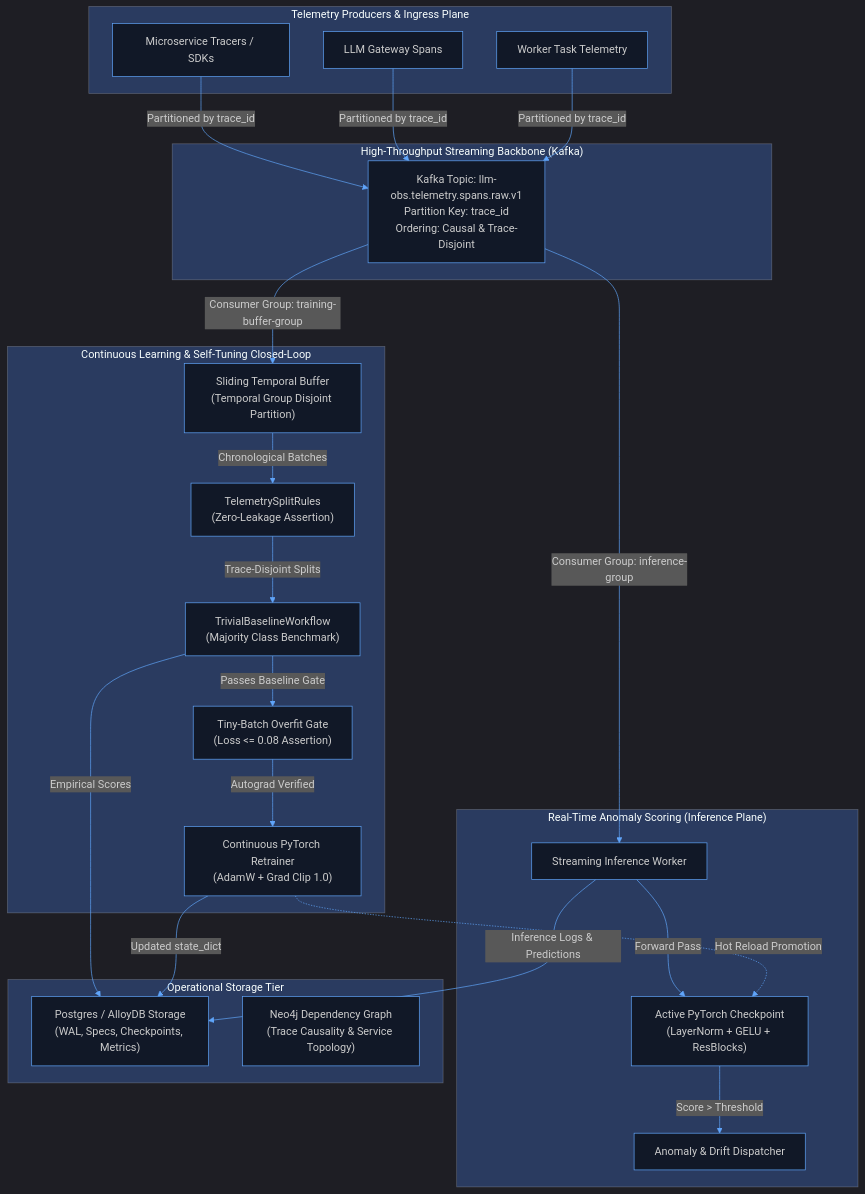
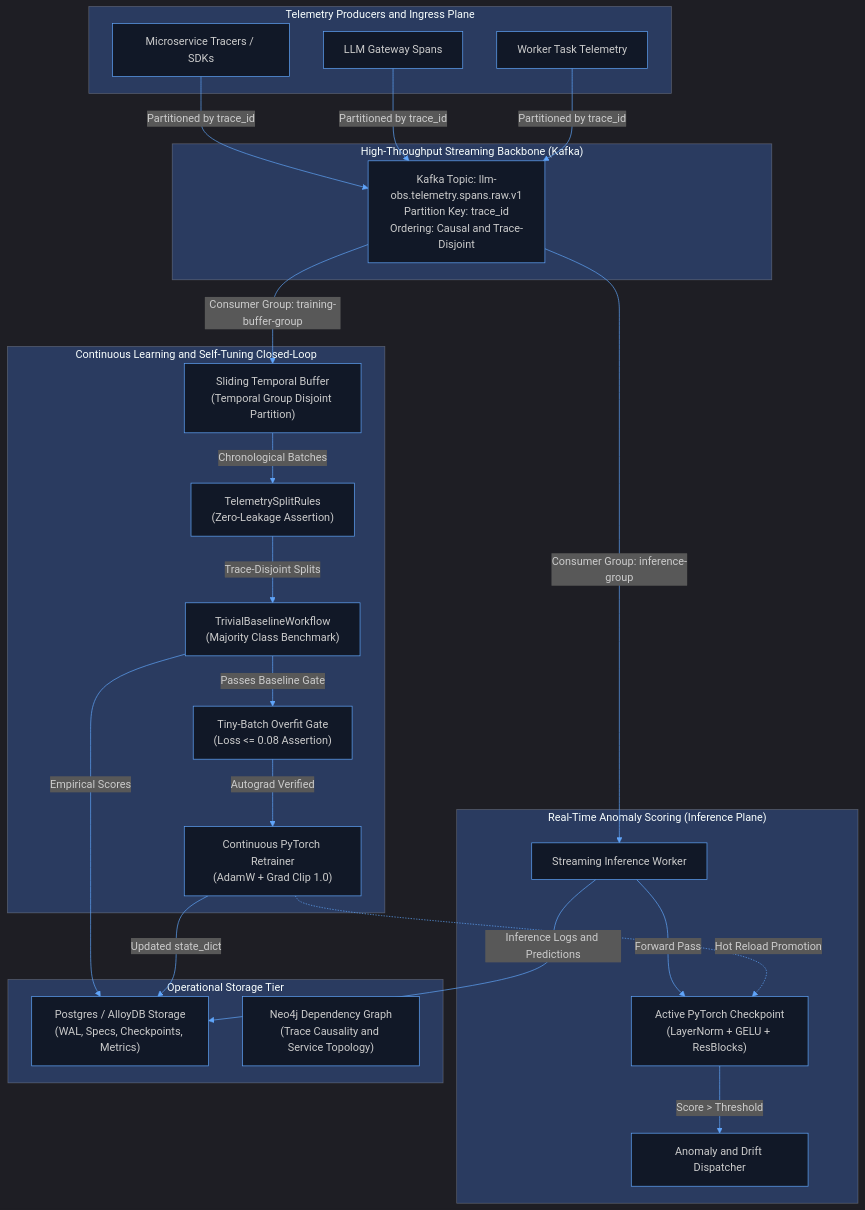
Before and after one commit to Chief-Strategist-J/llm-obs-neural-network-design: the second of 9 diagrams in adr/0001-distributed-systems-telemetry-pipeline-and-baselines.md, drawn with Mermaid. The commit also changed other lines of this file, not shown here.

Commit message:
docs(adr): replace ASCII diagram with dual light/dark Mermaid, remove confidence tags and ampersands per writing conditions

````diff
--- a/adr/0001-distributed-systems-telemetry-pipeline-and-baselines.md
+++ b/adr/0001-distributed-systems-telemetry-pipeline-and-baselines.md
@@ -95,50 +95,50 @@
 ```mermaid
 %%{init: {'theme': 'dark', 'themeVariables': { 'primaryColor': '#1F2937', 'primaryBorderColor': '#60A5FA', 'primaryTextColor': '#F3F4F6', 'lineColor': '#60A5FA', 'secondaryColor': '#064E3B', 'tertiaryColor': '#78350F', 'mainBkg': '#111827', 'nodeBorder': '#60A5FA'}}}%%
 flowchart TD
-    subgraph INGRESS_DARK["Telemetry Producers & Ingress Plane"]
+    subgraph INGRESS_DARK["Telemetry Producers and Ingress Plane"]
         D_PROD1["Microservice Tracers / SDKs"]
         D_PROD2["LLM Gateway Spans"]
         D_PROD3["Worker Task Telemetry"]
     end
 
     subgraph STREAMING_DARK["High-Throughput Streaming Backbone (Kafka)"]
-        D_KAFKA["Kafka Topic: llm-obs.telemetry.spans.raw.v1\nPartition Key: trace_id\nOrdering: Causal & Trace-Disjoint"]
+        D_KAFKA["Kafka Topic: llm-obs.telemetry.spans.raw.v1\nPartition Key: trace_id\nOrdering: Causal and Trace-Disjoint"]
     end
 
     subgraph FAST_PATH_DARK["Real-Time Anomaly Scoring (Inference Plane)"]
         D_INFER["Streaming Inference Worker"]
         D_PYTORCH["Active PyTorch Checkpoint\n(LayerNorm + GELU + ResBlocks)"]
-        D_ALERTER["Anomaly & Drift Dispatcher"]
+        D_ALERTER["Anomaly and Drift Dispatcher"]
     end
 
-    subgraph SLOW_PATH_DARK["Continuous Learning & Self-Tuning Closed-Loop"]
+    subgraph SLOW_PATH_DARK["Continuous Learning and Self-Tuning Closed-Loop"]
         D_BUFFER["Sliding Temporal Buffer\n(Temporal Group Disjoint Partition)"]
         D_SPLIT["TelemetrySplitRules\n(Zero-Leakage Assertion)"]
         D_BASELINE["TrivialBaselineWorkflow\n(Majority Class Benchmark)"]
         D_OVERFIT["Tiny-Batch Overfit Gate\n(Loss <= 0.08 Assertion)"]
         D_TRAINER["Continuous PyTorch Retrainer\n(AdamW + Grad Clip 1.0)"]
     end
 
     subgraph PERSISTENCE_DARK["Operational Storage Tier"]
         D_ALLOYDB["Postgres / AlloyDB Storage\n(WAL, Specs, Checkpoints, Metrics)"]
-        D_NEO4J["Neo4j Dependency Graph\n(Trace Causality & Service Topology)"]
+        D_NEO4J["Neo4j Dependency Graph\n(Trace Causality and Service Topology)"]
     end
 
     D_PROD1 -->|Partitioned by trace_id| D_KAFKA
     D_PROD2 -->|Partitioned by trace_id| D_KAFKA
     D_PROD3 -->|Partitioned by trace_id| D_KAFKA
 
     D_KAFKA -->|Consumer Group: inference-group| D_INFER
     D_INFER -->|Forward Pass| D_PYTORCH
     D_PYTORCH -->|Score > Threshold| D_ALERTER
-    D_INFER -->|Inference Logs & Predictions| D_ALLOYDB
+    D_INFER -->|Inference Logs and Predictions| D_ALLOYDB
 
     D_KAFKA -->|Consumer Group: training-buffer-group| D_BUFFER
     D_BUFFER -->|Chronological Batches| D_SPLIT
     D_SPLIT -->|Trace-Disjoint Splits| D_BASELINE
     D_BASELINE -->|Empirical Scores| D_ALLOYDB
     D_BASELINE -->|Passes Baseline Gate| D_OVERFIT
     D_OVERFIT -->|Autograd Verified| D_TRAINER
     D_TRAINER -->|Updated state_dict| D_ALLOYDB
     D_TRAINER -.->|Hot Reload Promotion| D_PYTORCH
 ```
````
